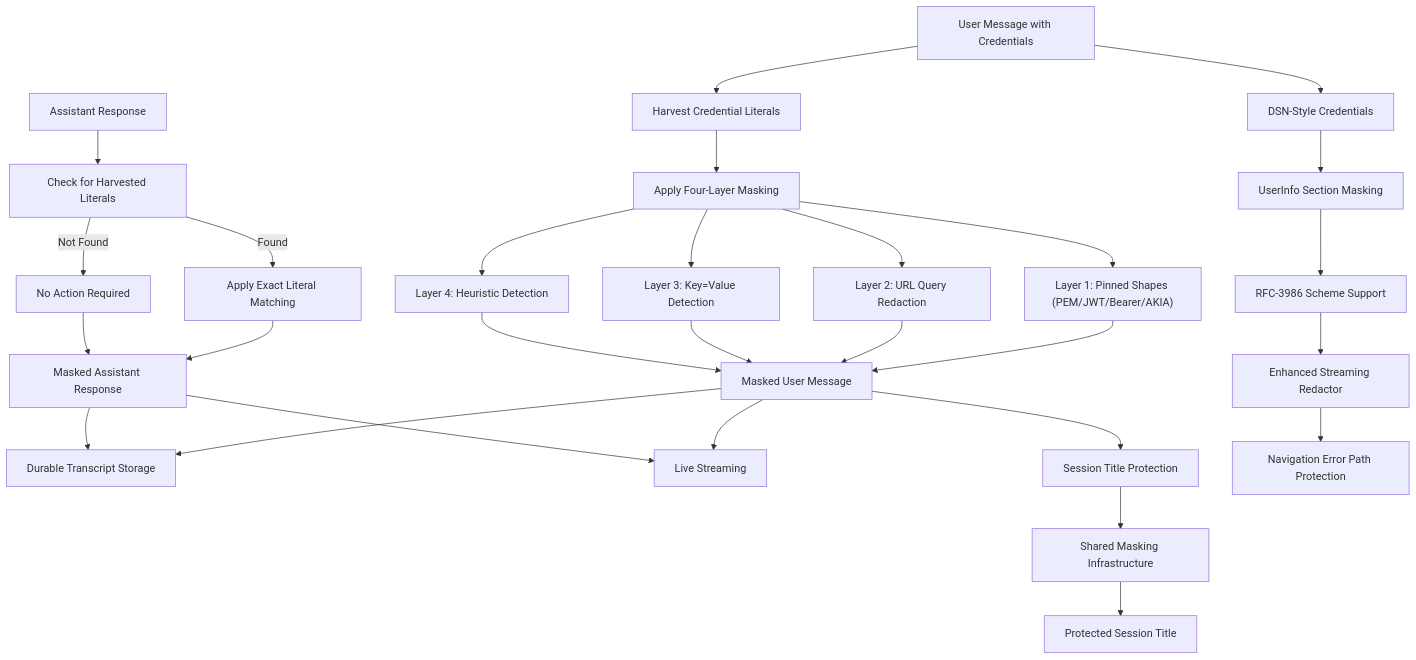
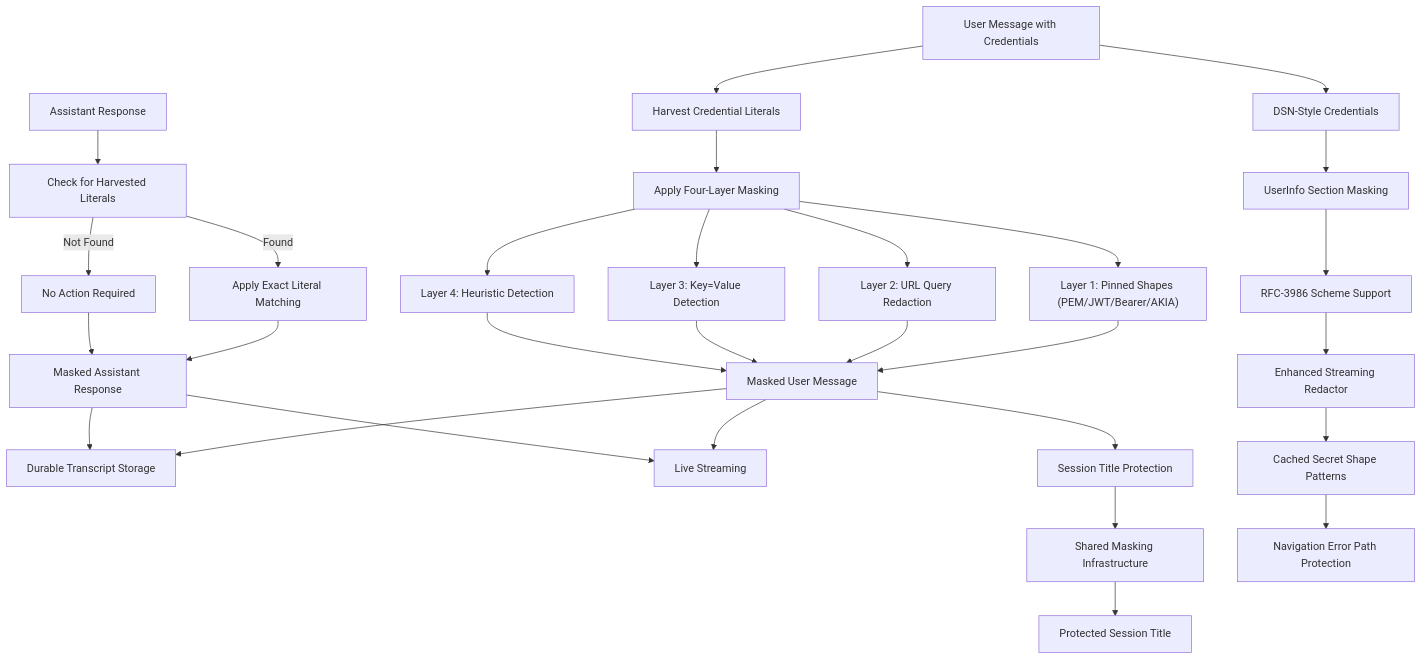
One commit to metasync/luban-aiops changed diagram 12 of 15 in .qoder/repowiki/en/content/Security Guide/Security Guide.md. Above: the diagram before and after it, drawn with Mermaid. The commit also changed other lines of this file and 24 other files, not shown here.

````diff
--- a/.qoder/repowiki/en/content/Security Guide/Security Guide.md
+++ b/.qoder/repowiki/en/content/Security Guide/Security Guide.md
@@ -720,30 +722,31 @@
 ```mermaid
 flowchart TD
 UserMessage["User Message with Credentials"] --> HarvestLiterals["Harvest Credential Literals"]
 HarvestLiterals --> ApplyLayers["Apply Four-Layer Masking"]
 ApplyLayers --> Layer1["Layer 1: Pinned Shapes (PEM/JWT/Bearer/AKIA)"]
 ApplyLayers --> Layer2["Layer 2: URL Query Redaction"]
 ApplyLayers --> Layer3["Layer 3: Key=Value Detection"]
 ApplyLayers --> Layer4["Layer 4: Heuristic Detection"]
 Layer1 --> MaskedUser["Masked User Message"]
 Layer2 --> MaskedUser
 Layer3 --> MaskedUser
 Layer4 --> MaskedUser
 AssistantResponse["Assistant Response"] --> CheckLiterals["Check for Harvested Literals"]
 CheckLiterals --> |Found| ExactMatch["Apply Exact Literal Matching"]
 CheckLiterals --> |Not Found| NoAction["No Action Required"]
 ExactMatch --> MaskedAssistant["Masked Assistant Response"]
 NoAction --> MaskedAssistant
 MaskedUser --> Transcript["Durable Transcript Storage"]
 MaskedAssistant --> Transcript
 MaskedUser --> LiveStream["Live Streaming"]
 MaskedAssistant --> LiveStream
 MaskedUser --> SessionTitle["Session Title Protection"]
 SessionTitle --> SharedInfrastructure["Shared Masking Infrastructure"]
 SharedInfrastructure --> ProtectedTitle["Protected Session Title"]
 UserMessage --> DSNCredentials["DSN-Style Credentials"]
 DSNCredentials --> UserInfoMasking["UserInfo Section Masking"]
 UserInfoMasking --> ExpandedURLRecognition["RFC-3986 Scheme Support"]
 ExpandedURLRecognition --> EnhancedStreaming["Enhanced Streaming Redactor"]
-EnhancedStreaming --> BrowserErrorProtection["Navigation Error Path Protection"]
+EnhancedStreaming --> CachedPatterns["Cached Secret Shape Patterns"]
+CachedPatterns --> BrowserErrorProtection["Navigation Error Path Protection"]
 ```
````
